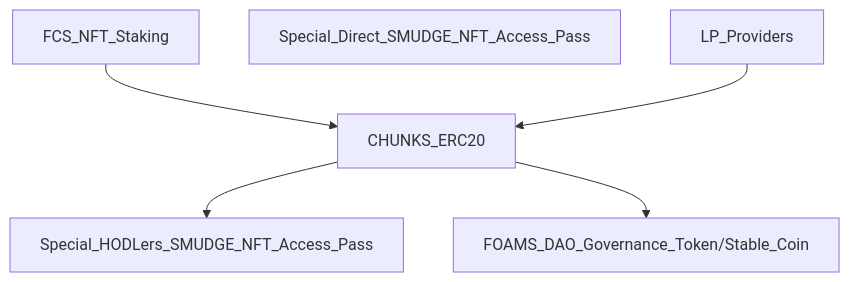
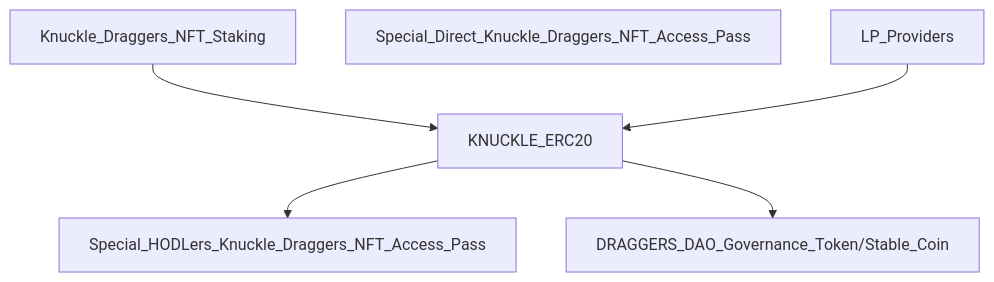
Before and after one commit to WrappedUsername/Web-Dev-Notes: the second of 2 diagrams in White Papers/KD NFT/README.md, drawn with Mermaid. The commit also changed other lines of this file, not shown here.

````diff
--- a/White Papers/KD NFT/README.md
+++ b/White Papers/KD NFT/README.md
@@ -62,9 +56,8 @@
 ```mermaid
 graph TD;
-FCS_NFT_Staking-->CHUNKS_ERC20
-Special_Direct_SMUDGE_NFT_Access_Pass
-LP_Providers-->CHUNKS_ERC20
-CHUNKS_ERC20-->Special_HODLers_SMUDGE_NFT_Access_Pass
-CHUNKS_ERC20-->FOAMS_DAO_Governance_Token/Stable_Coin
-
+Knuckle_Draggers_NFT_Staking-->KNUCKLE_ERC20
+Special_Direct_Knuckle_Draggers_NFT_Access_Pass
+LP_Providers-->KNUCKLE_ERC20
+KNUCKLE_ERC20-->Special_HODLers_Knuckle_Draggers_NFT_Access_Pass
+KNUCKLE_ERC20-->DRAGGERS_DAO_Governance_Token/Stable_Coin
 ```
````
